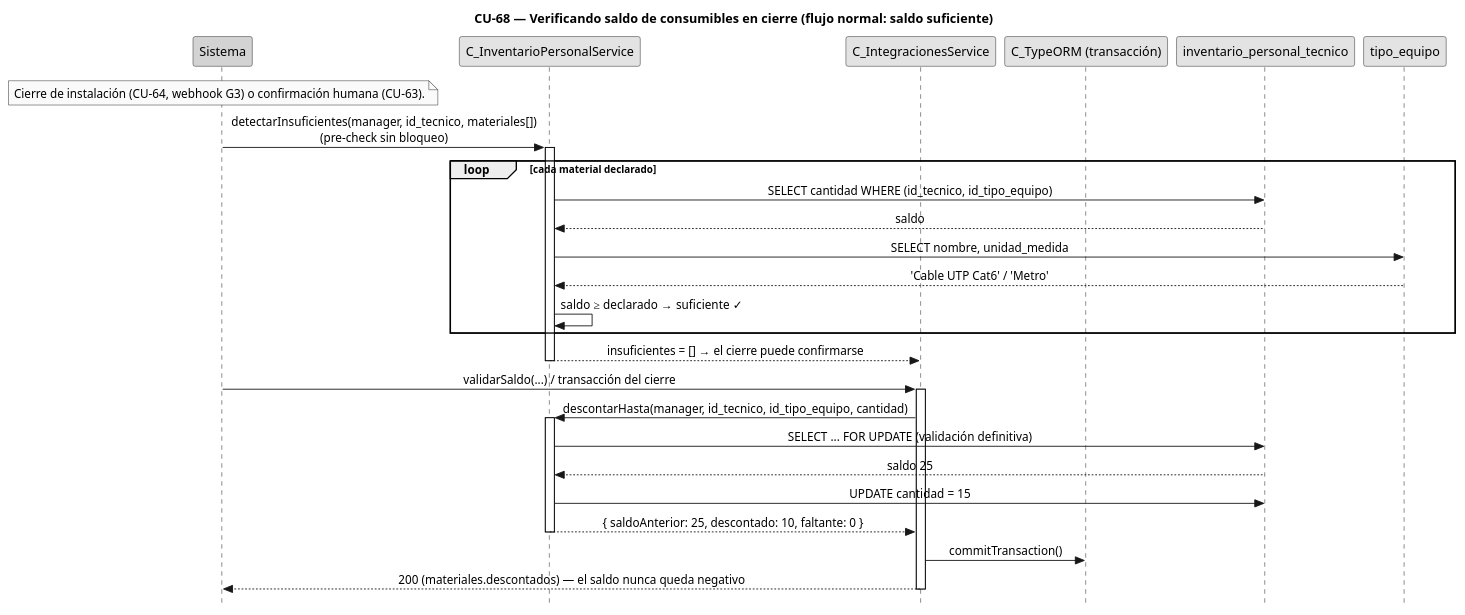
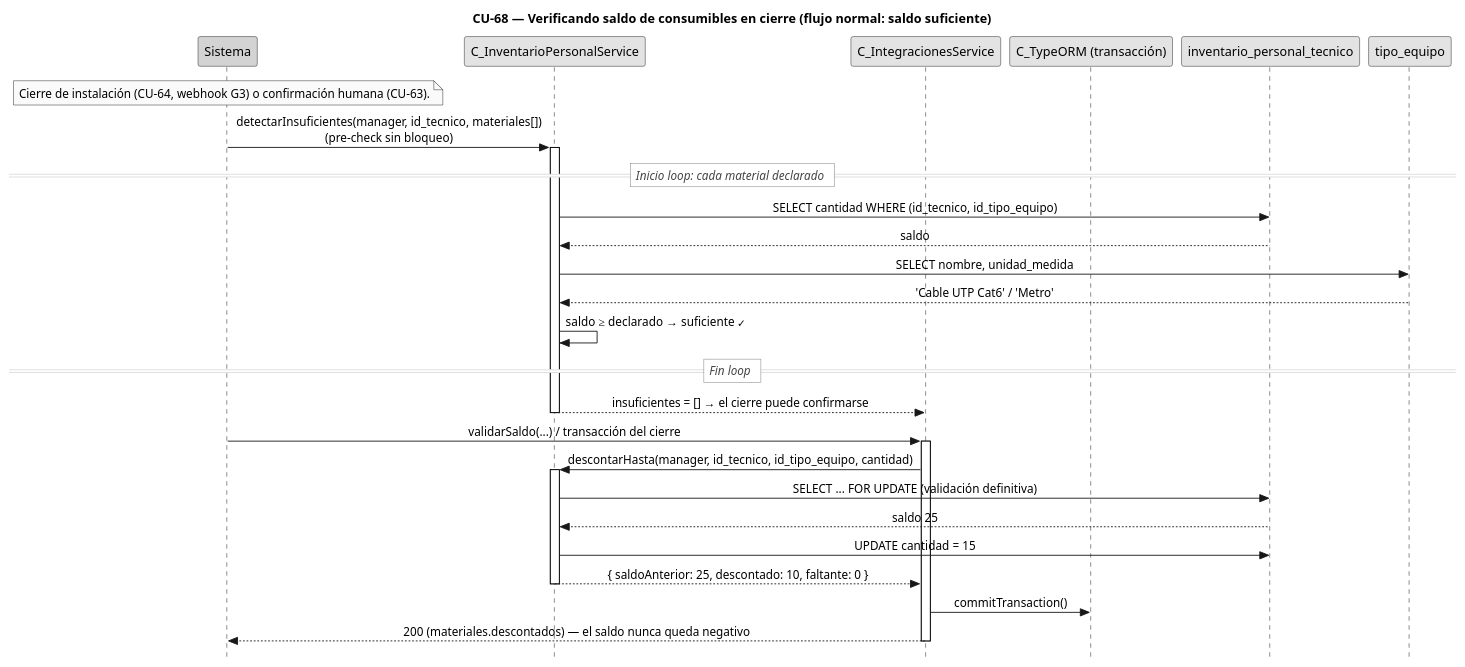
Before and after one commit to FSM-Finet-y-Cable-Magico/Team_1-Inventario-y-Bodega: the diagram in diagramas/diagramas-secuencia/CU68/CU68-normal.puml, drawn with PlantUML. The commit also changed 37 other files, not shown here.

Commit message:
docs(I3): diagramas de secuencia sin recuadro loop y en alta resolución

```diff
--- a/diagramas/diagramas-secuencia/CU68/CU68-normal.puml
+++ b/diagramas/diagramas-secuencia/CU68/CU68-normal.puml
@@ -1,54 +1,60 @@
 @startuml CU68-normal
+skinparam sequenceDividerBorderThickness 0.6
+skinparam sequenceDividerBorderColor 888888
+skinparam sequenceDividerBackgroundColor white
+skinparam sequenceDividerFontStyle italic
+skinparam sequenceDividerFontColor 444444
+skinparam sequenceDividerShadowing false
 title CU-68 — Verificando saldo de consumibles en cierre (flujo normal: saldo suficiente)
 skinparam style strictuml
 skinparam monochrome true
 skinparam shadowing false
 skinparam sequenceMessageAlign center
 <style>
 sequenceDiagram {
   participant {
     margin 30
   }
   actor {
     margin 12
   }
 }
 </style>
 skinparam sequence {
   MessageAlign center
   LifeLineBorderColor black
 }
 hide footbox
 
 participant "Sistema" as sys #lightgrey
 participant "C_InventarioPersonalService" as ips
 participant "C_IntegracionesService" as svc
 participant "C_TypeORM (transacción)" as orm
 participant "inventario_personal_tecnico" as inv
 participant "tipo_equipo" as tipo
 
 note over sys : Cierre de instalación (CU-64, webhook G3) o confirmación humana (CU-63).
 sys -> ips : detectarInsuficientes(manager, id_tecnico, materiales[])\n(pre-check sin bloqueo)
 activate ips
-loop cada material declarado
+== Inicio loop: cada material declarado ==
   ips -> inv : SELECT cantidad WHERE (id_tecnico, id_tipo_equipo)
   inv --> ips : saldo
   ips -> tipo : SELECT nombre, unidad_medida
   tipo --> ips : 'Cable UTP Cat6' / 'Metro'
-  ips -> ips : saldo ≥ declarado → suficiente ✓
-end
+  ips -> ips : saldo ≥ declarado → suficiente <font:DejaVu Sans Mono>✓</font>
+== Fin loop ==
 ips --> svc : insuficientes = [] → el cierre puede confirmarse
 deactivate ips
 sys -> svc : validarSaldo(...) / transacción del cierre
 activate svc
 svc -> ips : descontarHasta(manager, id_tecnico, id_tipo_equipo, cantidad)
 activate ips
 ips -> inv : SELECT ... FOR UPDATE (validación definitiva)
 inv --> ips : saldo 25
 ips -> inv : UPDATE cantidad = 15
 ips --> svc : { saldoAnterior: 25, descontado: 10, faltante: 0 }
 deactivate ips
 svc -> orm : commitTransaction()
 svc --> sys : 200 (materiales.descontados) — el saldo nunca queda negativo
 deactivate svc
 @enduml
```
